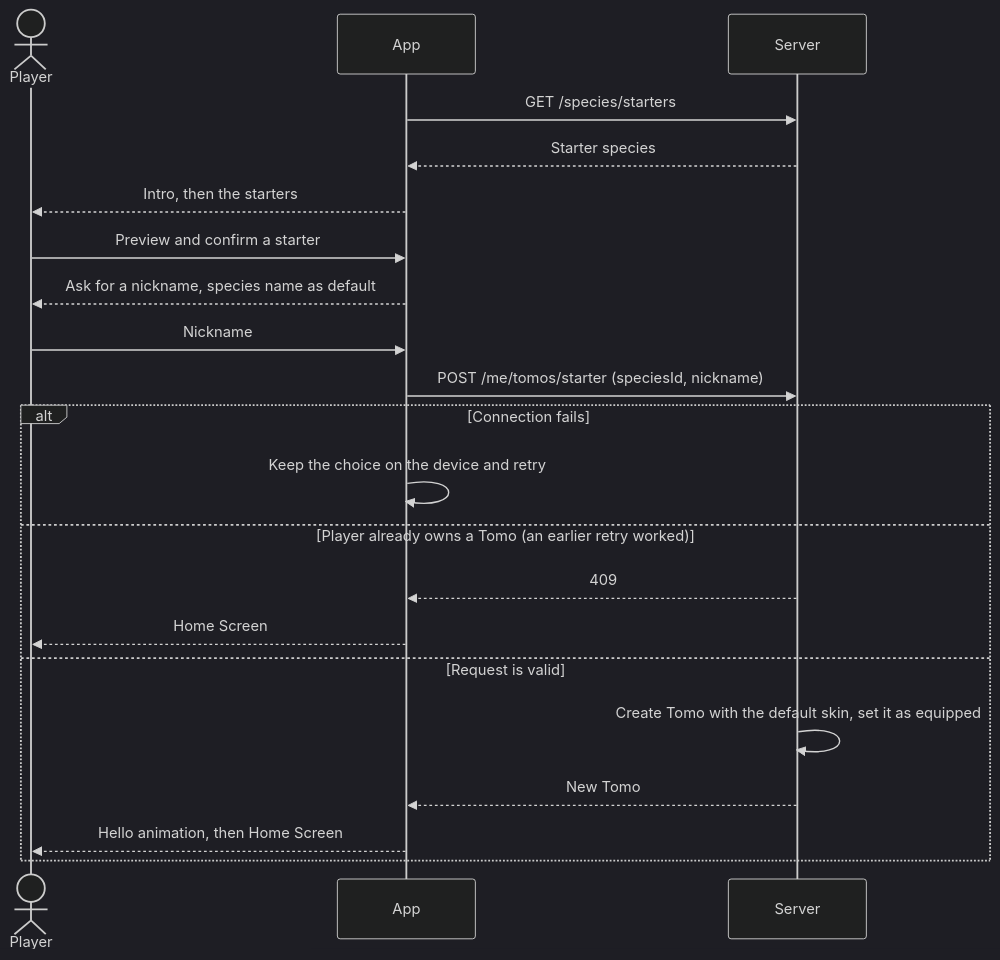
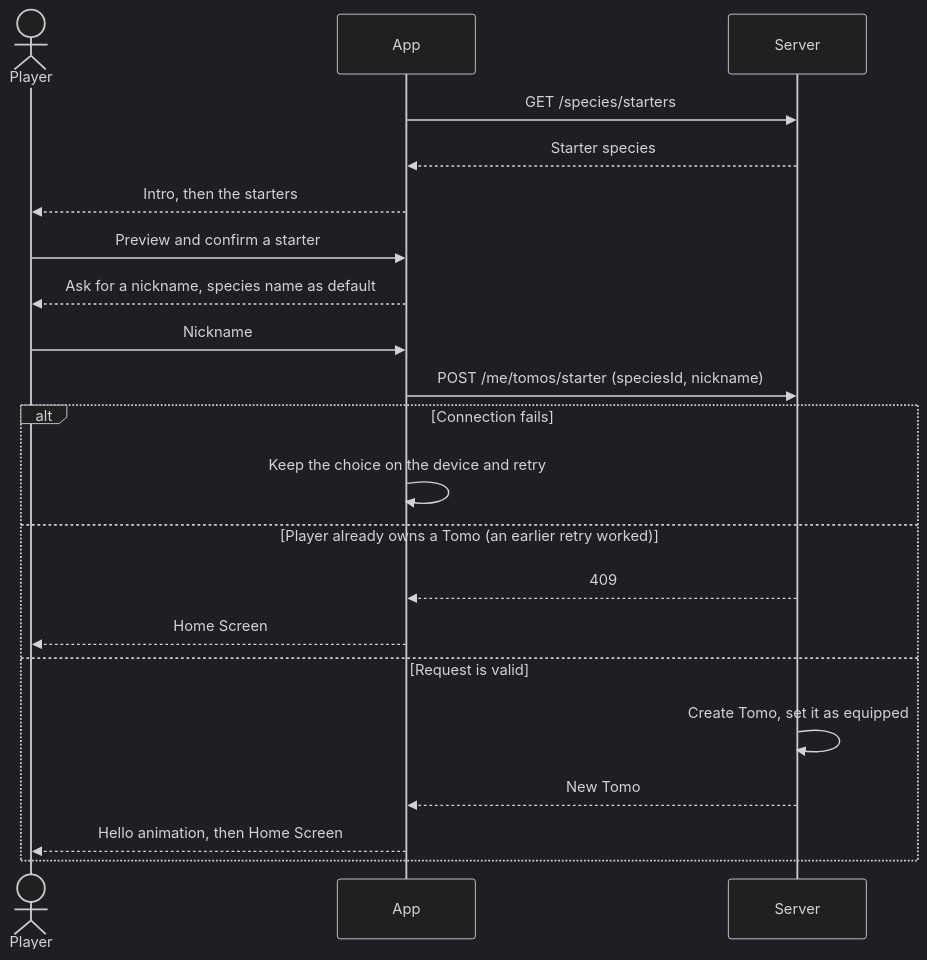
Before and after one commit to zhangs-tech/runtomo: the diagram in docs/usecases/UC-02-choose-starter-tomo.md, drawn with Mermaid (dark theme). The commit also changed other lines of this file and 13 other files, not shown here.

Commit message:
docs: move static game data out of ERD and drop achievements from MVP

````diff
--- a/docs/usecases/UC-02-choose-starter-tomo.md
+++ b/docs/usecases/UC-02-choose-starter-tomo.md
@@ -61,24 +61,24 @@
 ```mermaid
 sequenceDiagram
     actor P as Player
     participant A as App
     participant S as Server
 
     A->>S: GET /species/starters
     S-->>A: Starter species
     A-->>P: Intro, then the starters
     P->>A: Preview and confirm a starter
     A-->>P: Ask for a nickname, species name as default
     P->>A: Nickname
     A->>S: POST /me/tomos/starter (speciesId, nickname)
     alt Connection fails
         A->>A: Keep the choice on the device and retry
     else Player already owns a Tomo (an earlier retry worked)
         S-->>A: 409
         A-->>P: Home Screen
     else Request is valid
-        S->>S: Create Tomo with the default skin, set it as equipped
+        S->>S: Create Tomo, set it as equipped
         S-->>A: New Tomo
         A-->>P: Hello animation, then Home Screen
     end
 ```
````
